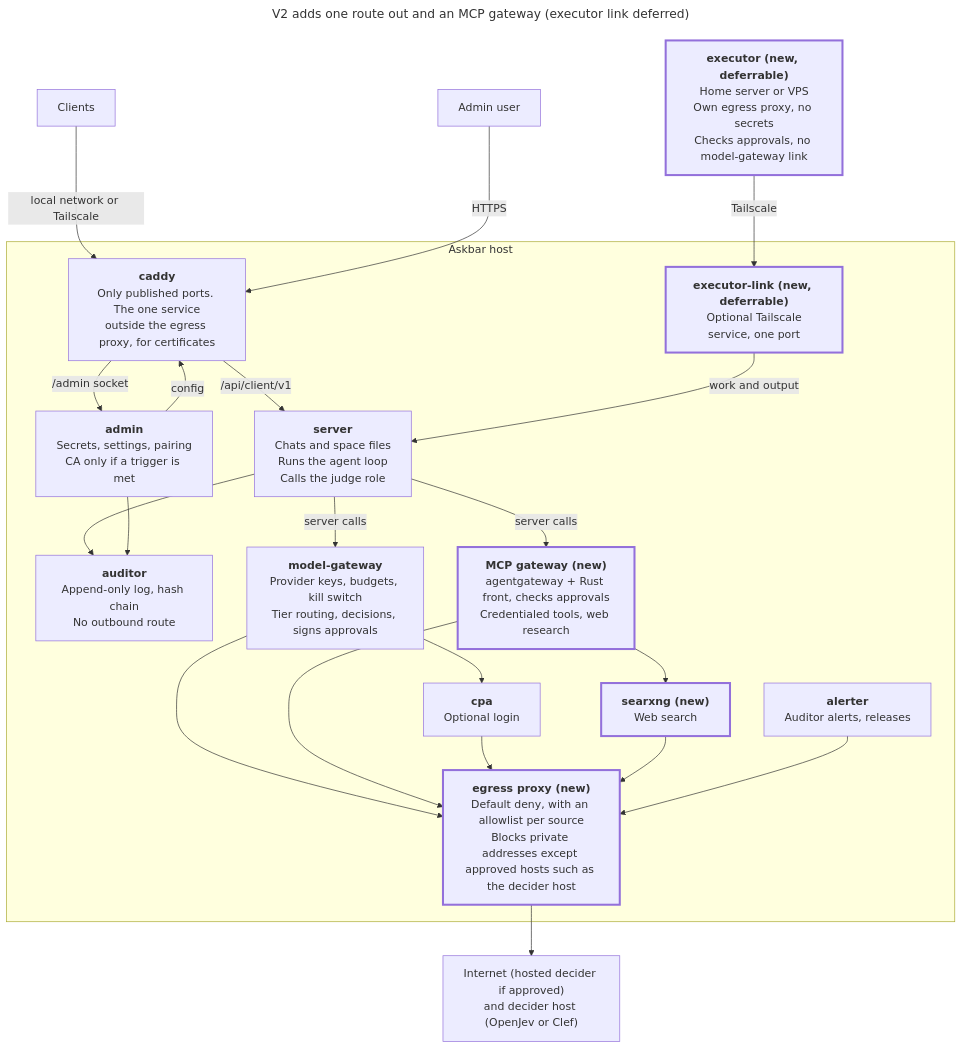
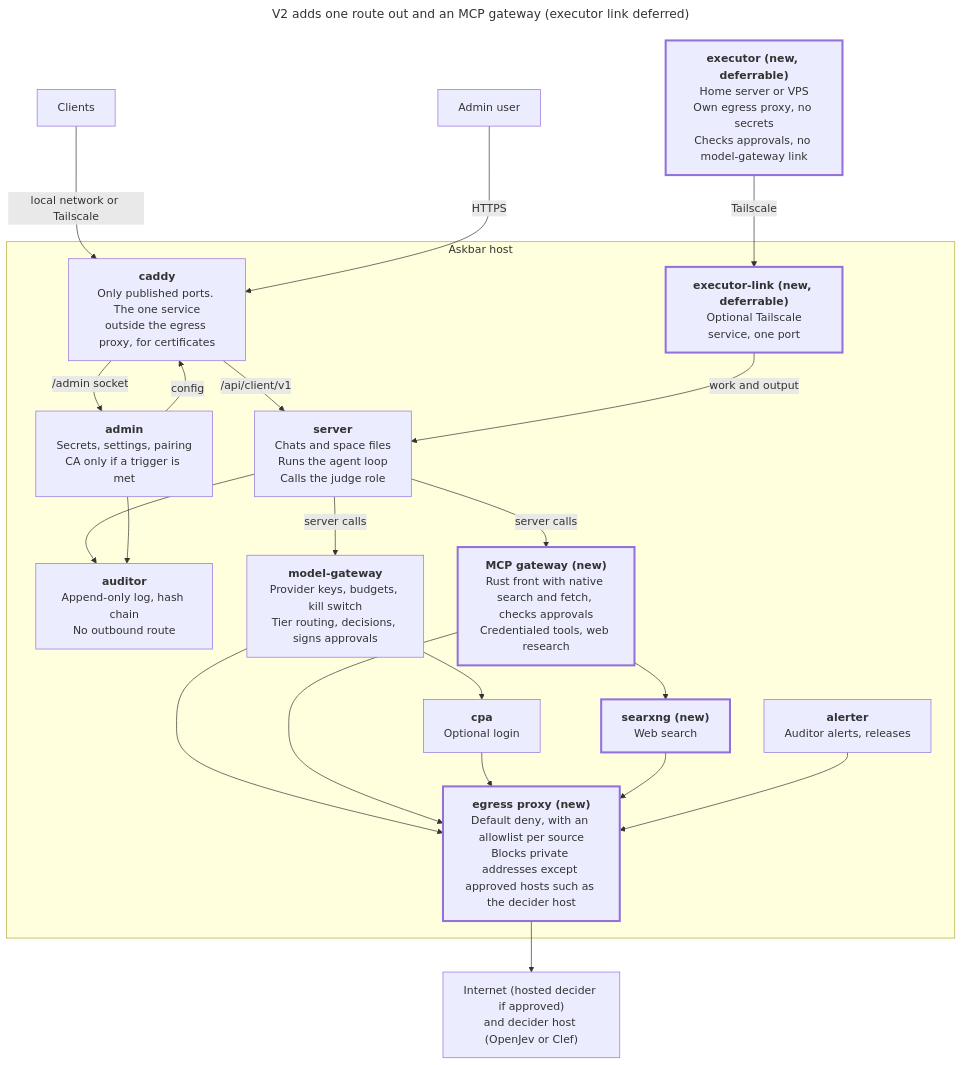
Before and after one commit to Thewuuryar/askbar: the diagram in docs/design-tiered-routing.md, drawn with Mermaid. The commit also changed other lines of this file and 6 other files, not shown here.

First line of the commit message:
docs(docs): re-plan the MCP gateway phase for a purpose-built front (#138)

````diff
--- a/docs/design-tiered-routing.md
+++ b/docs/design-tiered-routing.md
@@ -453,48 +453,48 @@
 ```mermaid
 ---
 title: V2 adds one route out and an MCP gateway (executor link deferred)
 ---
 flowchart TB
     clients["Clients"]
     adminUser["Admin user"]
 
     subgraph host["Askbar host"]
         caddy["<b>caddy</b><br/>Only published ports. The one service<br/>outside the egress proxy, for certificates"]
         server["<b>server</b><br/>Chats and space files<br/>Runs the agent loop<br/>Calls the judge role"]
         auditor["<b>auditor</b><br/>Append-only log, hash chain<br/>No outbound route"]
         admin["<b>admin</b><br/>Secrets, settings, pairing<br/>CA only if a trigger is met"]
         modelGateway["<b>model-gateway</b><br/>Provider keys, budgets, kill switch<br/>Tier routing, decisions, signs approvals"]
-        mcp["<b>MCP gateway (new)</b><br/>agentgateway + Rust front, checks approvals<br/>Credentialed tools, web research"]
+        mcp["<b>MCP gateway (new)</b><br/>Rust front with native search and fetch, checks approvals<br/>Credentialed tools, web research"]
         link["<b>executor-link (new, deferrable)</b><br/>Optional Tailscale<br/>service, one port"]
         cpa["<b>cpa</b><br/>Optional login"]
         searxng["<b>searxng (new)</b><br/>Web search"]
         alerter["<b>alerter</b><br/>Auditor alerts, releases"]
         egress["<b>egress proxy (new)</b><br/>Default deny, with an allowlist per source<br/>Blocks private addresses except approved hosts such as the decider host"]
     end
 
     internet["Internet (hosted decider if approved)<br/>and decider host (OpenJev or Clef)"]
     executor["<b>executor (new, deferrable)</b><br/>Home server or VPS<br/>Own egress proxy, no secrets<br/>Checks approvals, no model-gateway link"]
 
     clients -->|"local network or Tailscale"| caddy
     adminUser -->|"HTTPS"| caddy
     caddy -->|"/api/client/v1"| server
     caddy -->|"/admin socket"| admin
     admin -->|"config"| caddy
     server --> auditor
     admin --> auditor
     server -->|"server calls"| modelGateway
     server -->|"server calls"| mcp
     link -->|"work and output"| server
     modelGateway --> cpa
     mcp --> searxng
     modelGateway --> egress
     mcp --> egress
     cpa --> egress
     searxng --> egress
     alerter --> egress
     egress --> internet
     executor -->|"Tailscale"| link
 
     classDef new stroke-width:3px
     class mcp,link,searxng,egress,executor new
 ```
````
